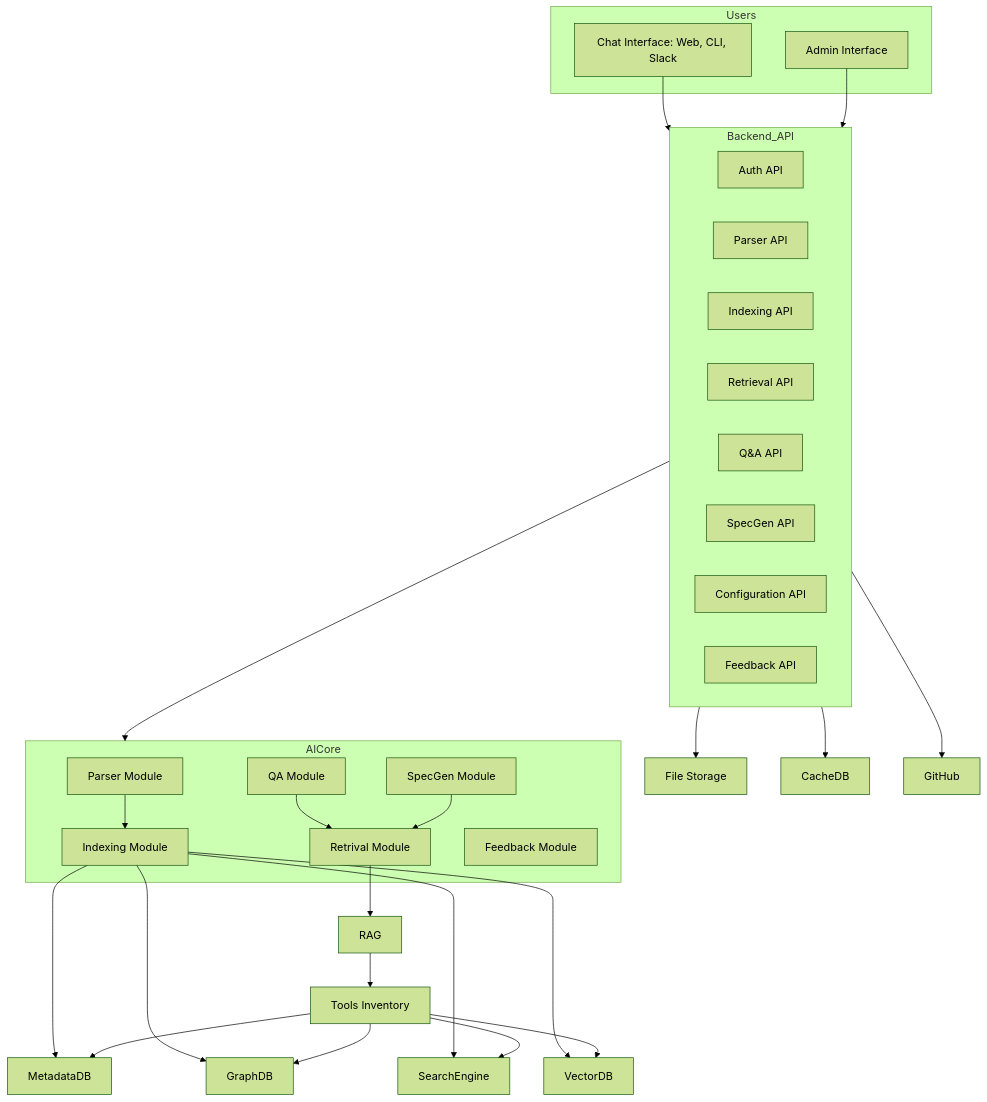
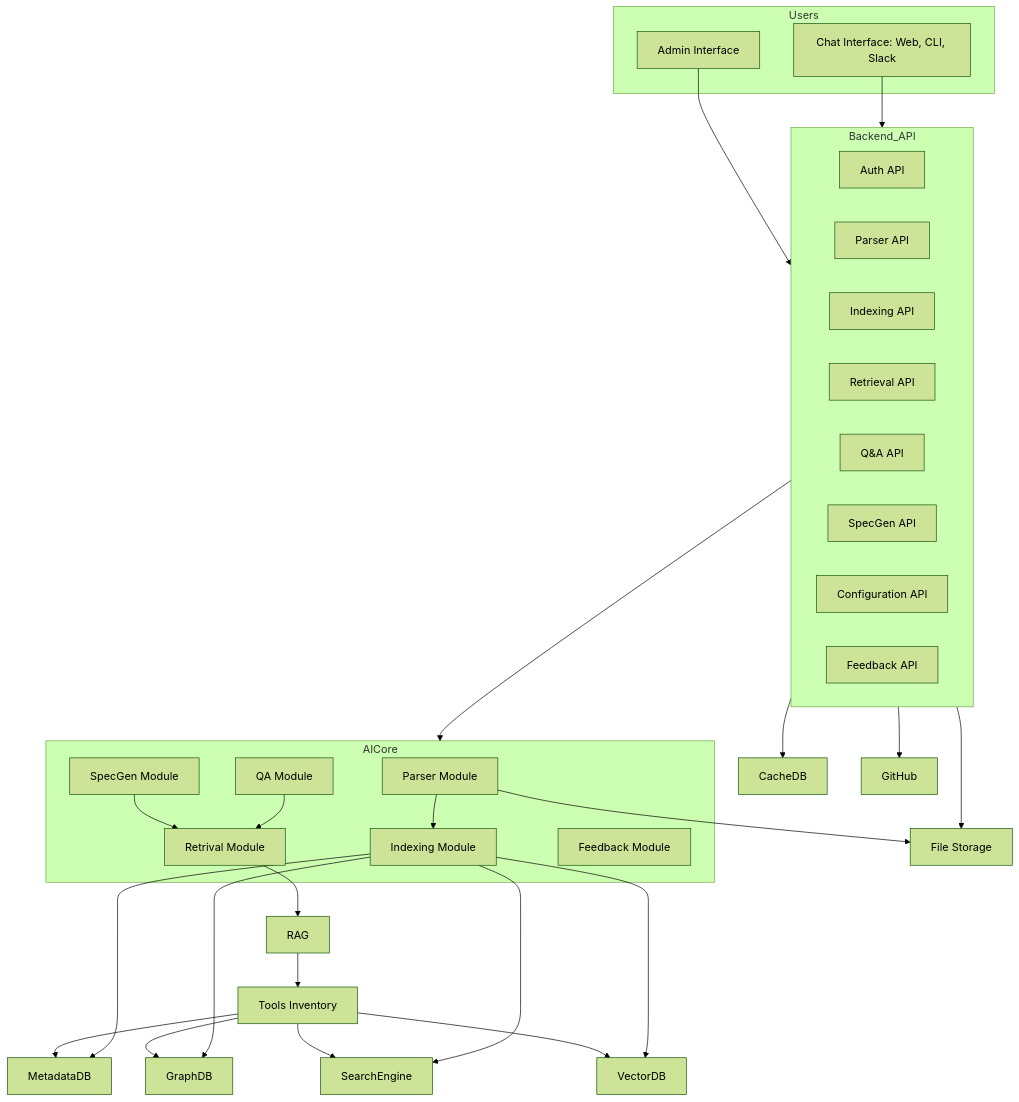
Before and after one commit to anhttmle/anhttmle.github.io: the second of 2 diagrams in _draft/C2B/C4-Design.md, drawn with Mermaid (forest theme).

````diff
--- a/_draft/C2B/C4-Design.md
+++ b/_draft/C2B/C4-Design.md
@@ -126,55 +126,56 @@
 ```mermaid
 flowchart TD
     subgraph Users
         ChatUI[Chat Interface: Web, CLI, Slack]
         AdminUI[Admin Interface]
     end
 
     ChatUI --> Backend_API[Backend API]
     AdminUI --> Backend_API
 
     subgraph Backend_API
         AuthAPI[Auth API]
         ParserAPI[Parser API]
         IndexingAPI[Indexing API]
         RetrievalAPI[Retrieval API]
         QAAPI[Q&A API]
         SpecGenAPI[SpecGen API]
         ConfigAPI[Configuration API]
         FeedbackAPI[Feedback API]
     end
 
     subgraph AICore
         Parser[Parser Module]
         Indexing[Indexing Module]
         Retrieval[Retrival Module]
         QA[QA Module]
         SpecGen[SpecGen Module]
         Feedback[Feedback Module]
     end
 
     Backend_API --> FileStorage[File Storage]
     Backend_API --> CacheDB
     Backend_API --> GitHub
     Backend_API --> AICore
 
     Parser --> Indexing
+    Parser --> FileStorage
     
     Indexing --> MetadataDB
     Indexing --> GraphDB
     Indexing --> SearchEngine
     Indexing --> VectorDB
 
     Retrieval --> RAG
     RAG --> Tools[Tools Inventory]
 
     Tools --> MetadataDB
     Tools --> GraphDB
     Tools --> SearchEngine
     Tools --> VectorDB
     
     QA --> Retrieval
     SpecGen --> Retrieval
 
 
 ```
````
